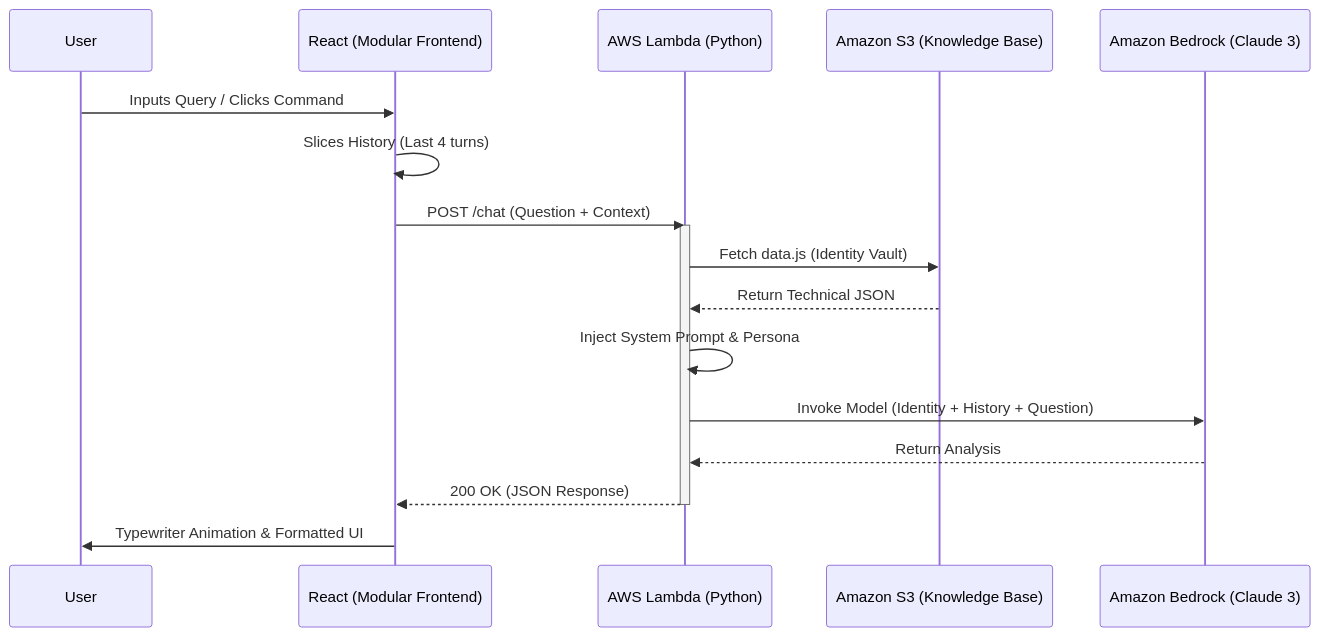
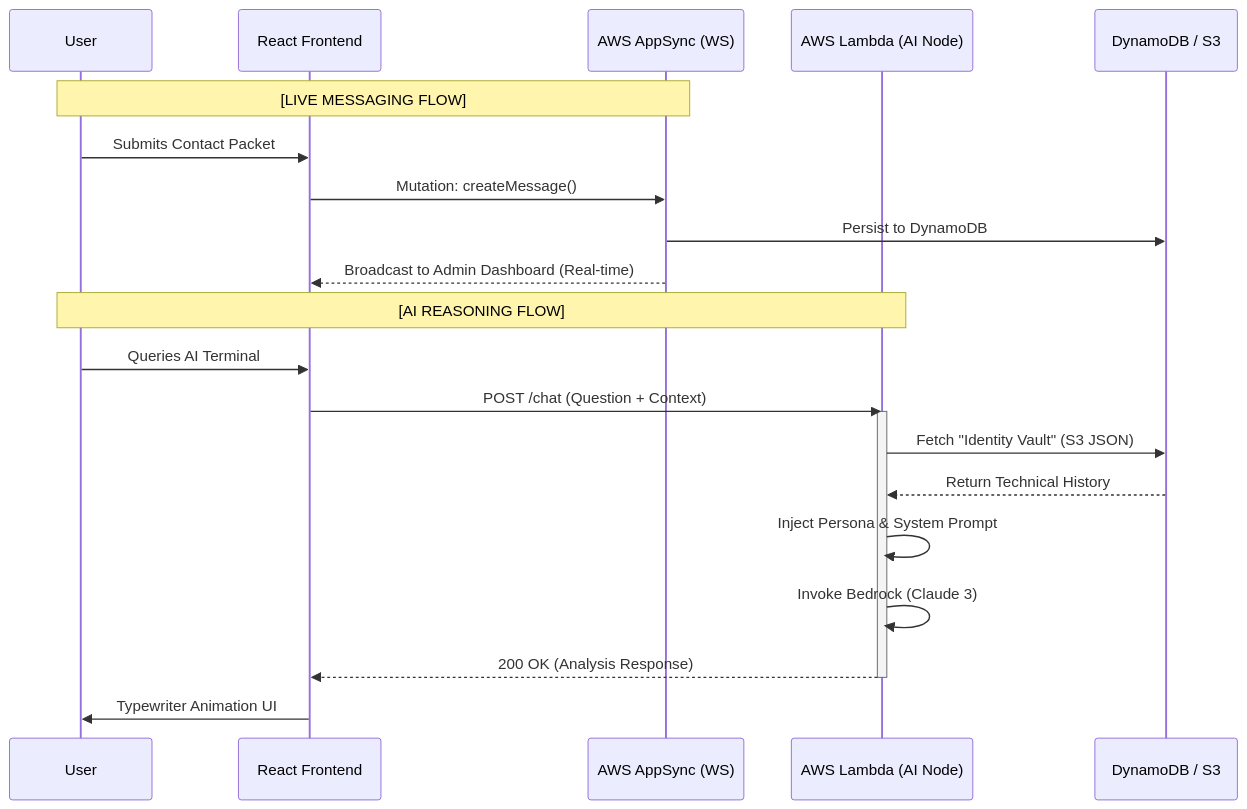
One commit to SaaammmyyyS/personal-website changed the first of 2 diagrams in README.md. Above: the diagram before and after it, drawn with Mermaid. The commit also changed other lines of this file, not shown here.

````diff
--- a/README.md
+++ b/README.md
@@ -25,21 +26,26 @@
 ```mermaid
 sequenceDiagram
     participant User
-    participant React as React (Modular Frontend)
-    participant Lambda as AWS Lambda (Python)
-    participant S3 as Amazon S3 (Knowledge Base)
-    participant Bedrock as Amazon Bedrock (Claude 3)
+    participant React as React Frontend
+    participant AppSync as AWS AppSync (WS)
+    participant Lambda as AWS Lambda (AI Node)
+    participant DB as DynamoDB / S3
 
-    User->>React: Inputs Query / Clicks Command
-    React->>React: Slices History (Last 4 turns)
+    Note over User, AppSync: [LIVE MESSAGING FLOW]
+    User->>React: Submits Contact Packet
+    React->>AppSync: Mutation: createMessage()
+    AppSync->>DB: Persist to DynamoDB
+    AppSync-->>React: Broadcast to Admin Dashboard (Real-time)
+
+    Note over User, Lambda: [AI REASONING FLOW]
+    User->>React: Queries AI Terminal
     React->>Lambda: POST /chat (Question + Context)
     activate Lambda
-    Lambda->>S3: Fetch data.js (Identity Vault)
-    S3-->>Lambda: Return Technical JSON
-    Lambda->>Lambda: Inject System Prompt & Persona
-    Lambda->>Bedrock: Invoke Model (Identity + History + Question)
-    Bedrock-->>Lambda: Return Analysis
-    Lambda-->>React: 200 OK (JSON Response)
+    Lambda->>DB: Fetch "Identity Vault" (S3 JSON)
+    DB-->>Lambda: Return Technical History
+    Lambda->>Lambda: Inject Persona & System Prompt
+    Lambda->>Lambda: Invoke Bedrock (Claude 3)
+    Lambda-->>React: 200 OK (Analysis Response)
     deactivate Lambda
-    React->>User: Typewriter Animation & Formatted UI
+    React->>User: Typewriter Animation UI
 ```
````
